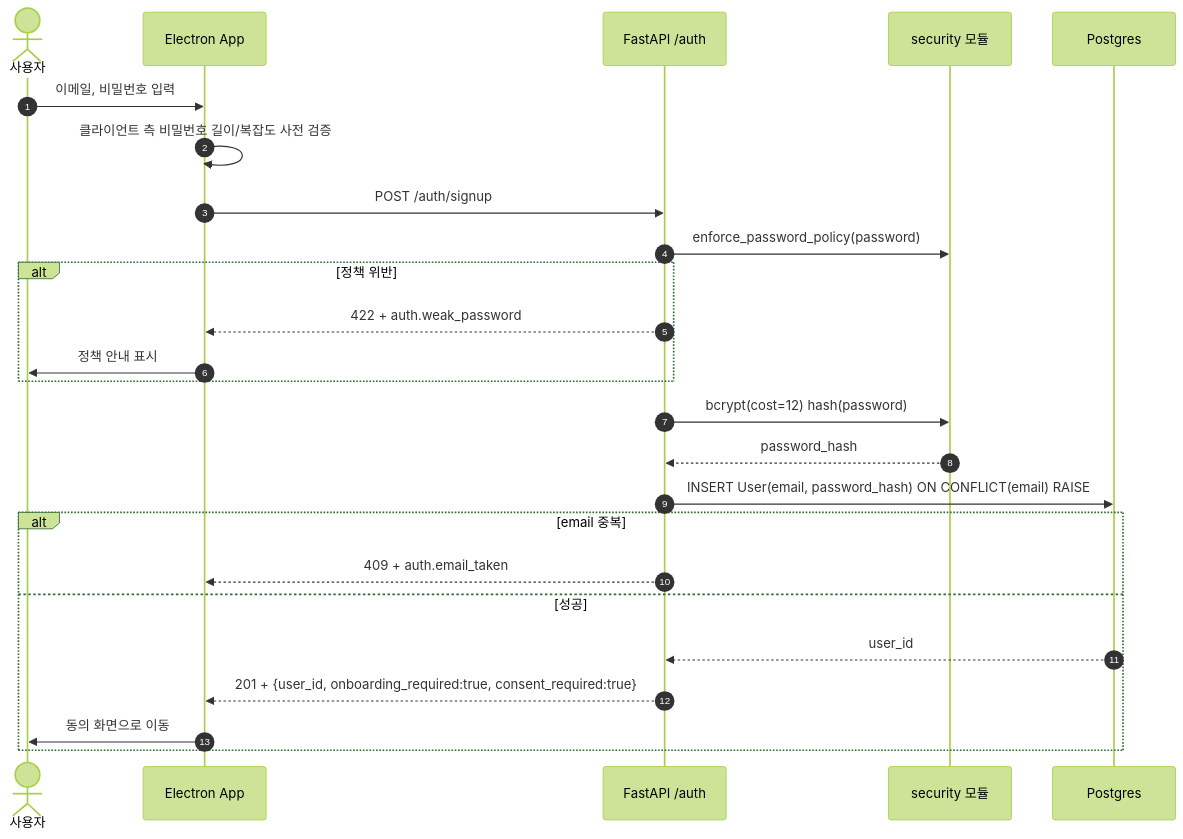
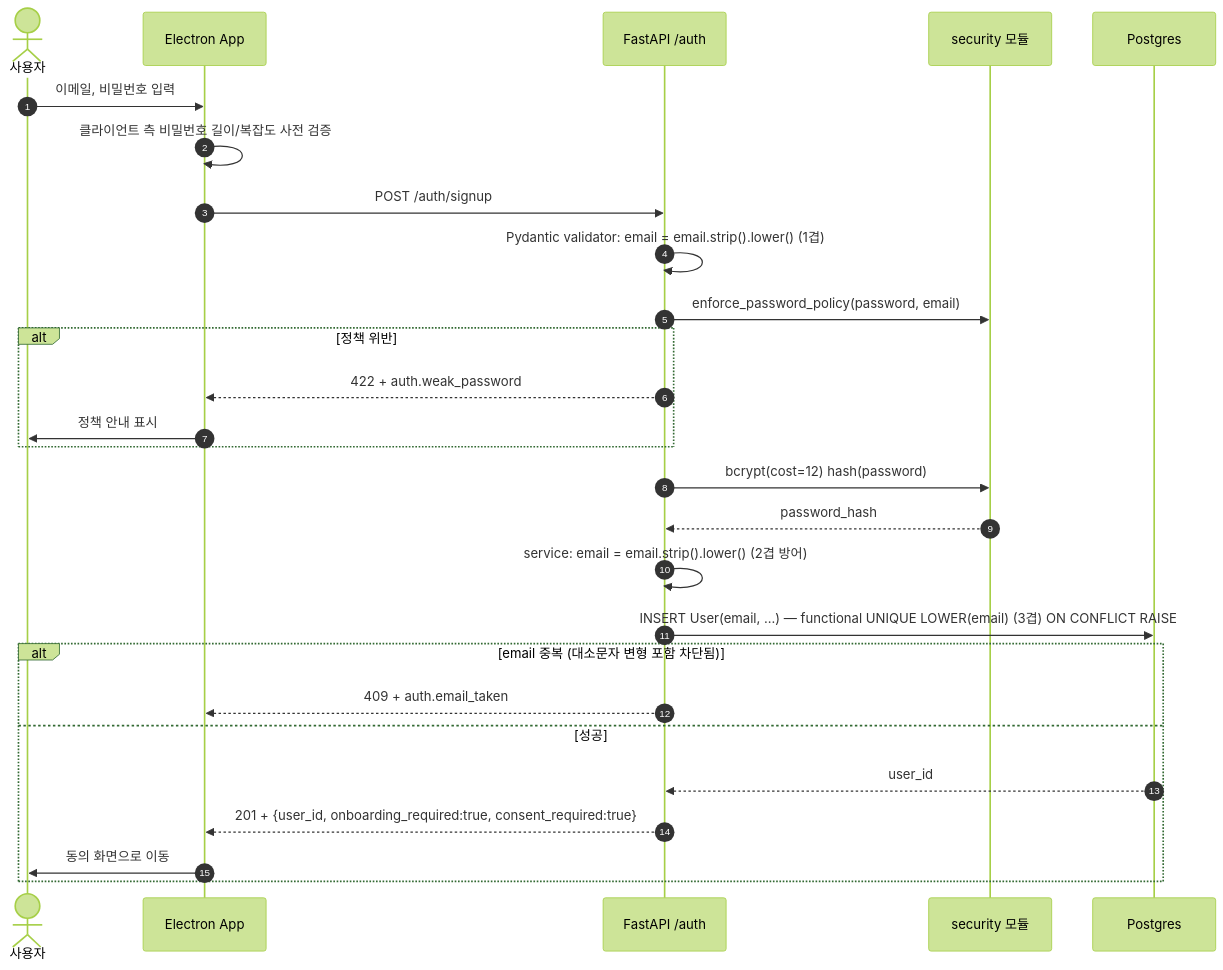
The first of 5 diagrams in docs/security/auth-flow.md (nwejnkasdf/SKKU-insight), drawn with Mermaid (forest theme) before and after one commit. The commit also changed other lines of this file and 9 other files, not shown here.

````diff
--- a/docs/security/auth-flow.md
+++ b/docs/security/auth-flow.md
@@ -15,28 +17,30 @@
 ```mermaid
 sequenceDiagram
     autonumber
     actor U as 사용자
     participant E as Electron App
     participant API as FastAPI /auth
     participant Sec as security 모듈
     participant DB as Postgres
 
     U->>E: 이메일, 비밀번호 입력
     E->>E: 클라이언트 측 비밀번호 길이/복잡도 사전 검증
     E->>API: POST /auth/signup
-    API->>Sec: enforce_password_policy(password)
+    API->>API: Pydantic validator: email = email.strip().lower()  (1겹)
+    API->>Sec: enforce_password_policy(password, email)
     alt 정책 위반
         API-->>E: 422 + auth.weak_password
         E->>U: 정책 안내 표시
     end
     API->>Sec: bcrypt(cost=12) hash(password)
     Sec-->>API: password_hash
-    API->>DB: INSERT User(email, password_hash) ON CONFLICT(email) RAISE
-    alt email 중복
+    API->>API: service: email = email.strip().lower()  (2겹 방어)
+    API->>DB: INSERT User(email, ...) — functional UNIQUE LOWER(email) (3겹) ON CONFLICT RAISE
+    alt email 중복 (대소문자 변형 포함 차단됨)
         API-->>E: 409 + auth.email_taken
     else 성공
         DB-->>API: user_id
         API-->>E: 201 + {user_id, onboarding_required:true, consent_required:true}
         E->>U: 동의 화면으로 이동
     end
 ```
````
